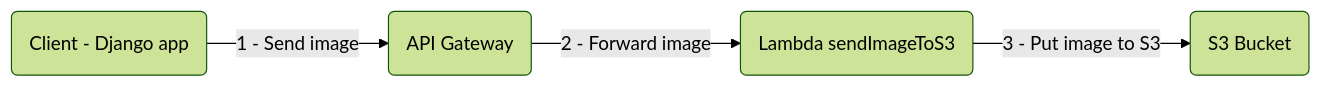
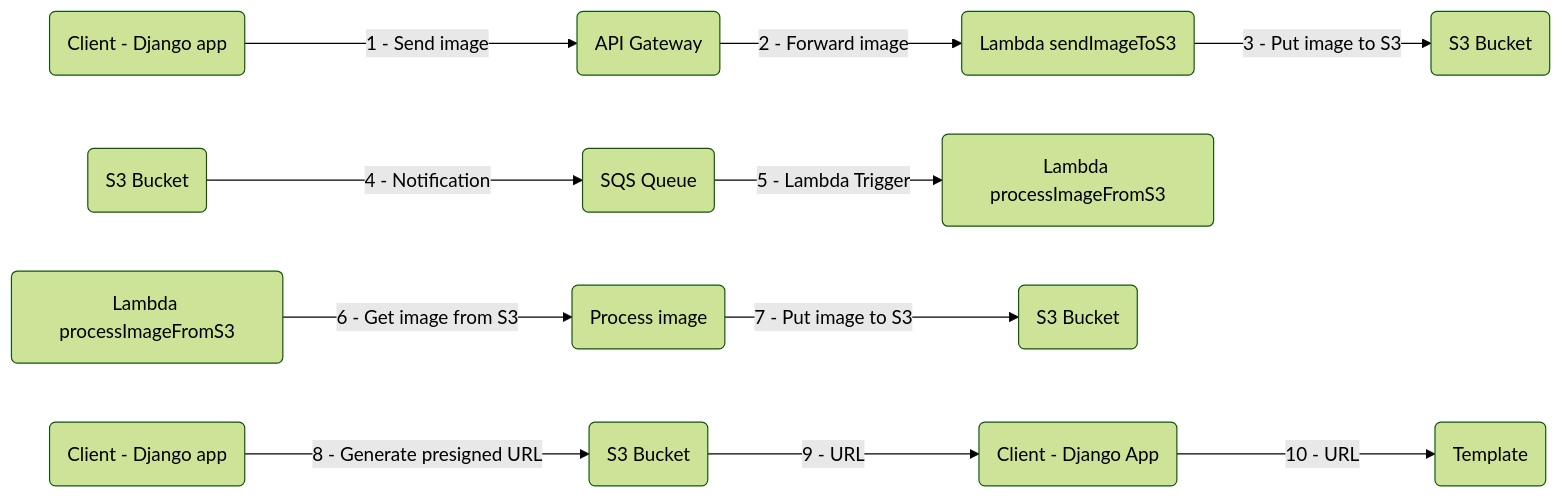
One commit to fczanetti/aws_challenge changed the diagram in README.md. Above: the diagram before and after it, drawn with Mermaid (forest theme). The commit also changed other lines of this file, not shown here.

Commit message:
Adjust flowchart

````diff
--- a/README.md
+++ b/README.md
@@ -3,5 +3,11 @@
 ```mermaid
 flowchart LR
 
 Q(Client - Django app) -->|1 - Send image| AG(API Gateway) -->|2 - Forward image| L(Lambda sendImageToS3) -->|3 - Put image to S3| S(S3 Bucket)
+
+S3(S3 Bucket) --> |4 - Notification| SQS(SQS Queue) --> |5 - Lambda Trigger| L2(Lambda processImageFromS3)
+
+L22(Lambda processImageFromS3) -->|6 - Get image from S3| GI(Process image) --> |7 - Put image to S3| S33(S3 Bucket)
+
+Q2(Client - Django app) -->|8 - Generate presigned URL| S333(S3 Bucket) --> |9 - URL| DQ(Client - Django App) -->|10 - URL| T(Template)
 ```
````
